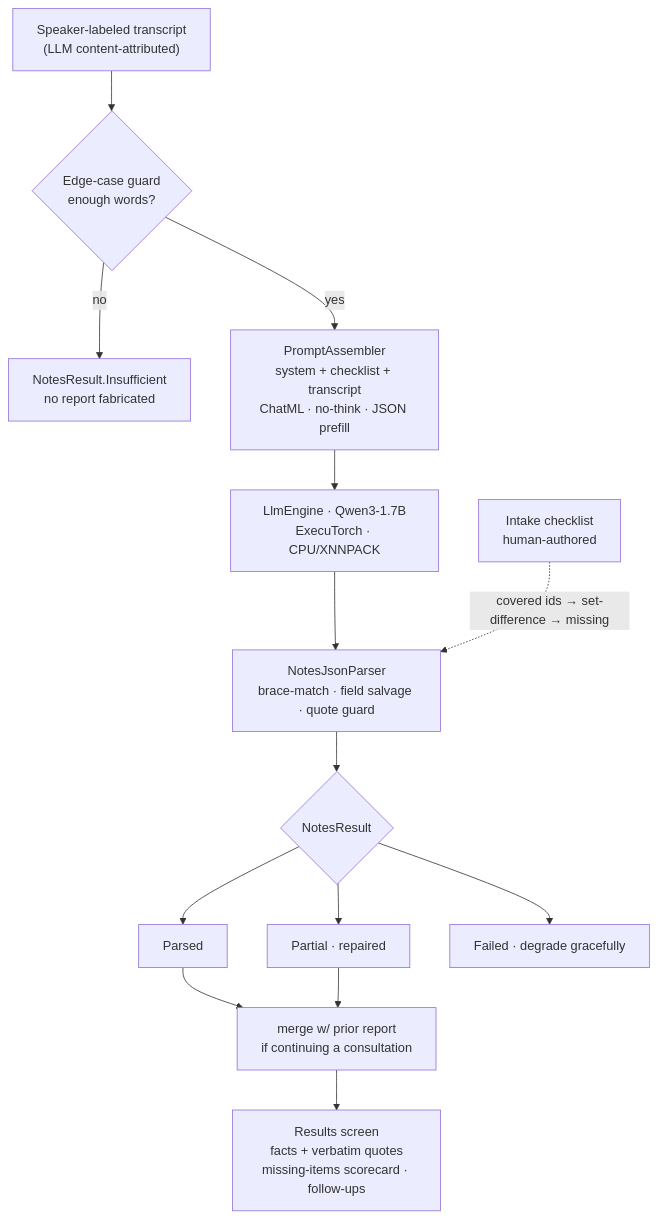
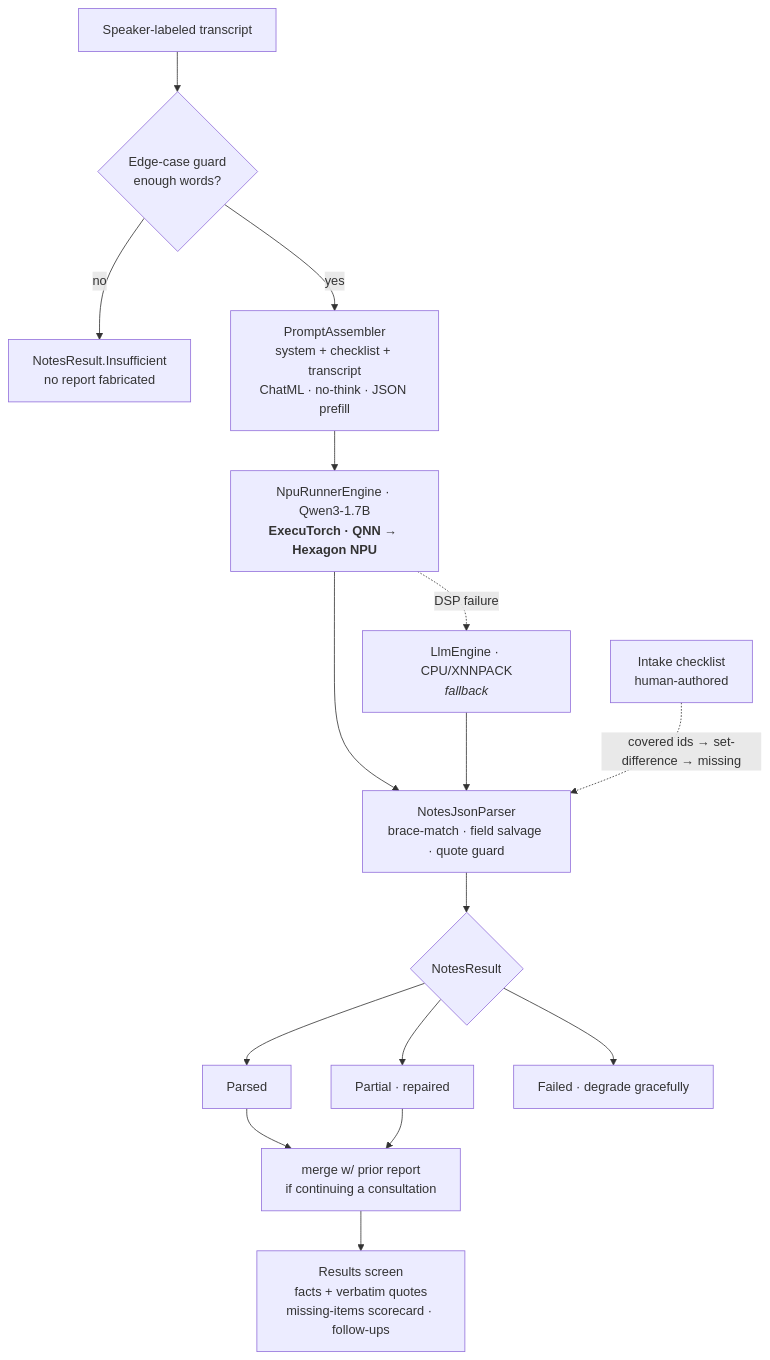
Before and after one commit to Dileep2896/sub-rosa-executorch: the fifth of 8 diagrams in ARCHITECTURE.md, drawn with Mermaid. The commit also changed other lines of this file and 1 other file, not shown here.

First line of the commit message:
Docs: QNN/Hexagon NPU as primary LLM path; Whisper + pyannote diarization

````diff
--- a/ARCHITECTURE.md
+++ b/ARCHITECTURE.md
@@ -143,16 +153,18 @@
 ```mermaid
 flowchart TB
-    T["Speaker-labeled transcript<br/>(LLM content-attributed)"] --> G{"Edge-case guard<br/>enough words?"}
+    T["Speaker-labeled transcript"] --> G{"Edge-case guard<br/>enough words?"}
     G -- "no" --> INS["NotesResult.Insufficient<br/>no report fabricated"]
     G -- "yes" --> PA["PromptAssembler<br/>system + checklist + transcript<br/>ChatML · no-think · JSON prefill"]
-    PA --> LLM["LlmEngine · Qwen3-1.7B<br/>ExecuTorch · CPU/XNNPACK"]
+    PA --> LLM["NpuRunnerEngine · Qwen3-1.7B<br/><b>ExecuTorch · QNN → Hexagon NPU</b>"]
+    LLM -. "DSP failure" .-> CPU["LlmEngine · CPU/XNNPACK<br/><i>fallback</i>"]
     LLM --> P["NotesJsonParser<br/>brace-match · field salvage · quote guard"]
+    CPU --> P
     CK["Intake checklist<br/>human-authored"] -. "covered ids → set-difference → missing" .-> P
     P --> R{"NotesResult"}
     R --> PAR["Parsed"]
     R --> PRT["Partial · repaired"]
     R --> FL["Failed · degrade gracefully"]
     PAR --> MRG["merge w/ prior report<br/>if continuing a consultation"]
     PRT --> MRG
     MRG --> UIS["Results screen<br/>facts + verbatim quotes<br/>missing-items scorecard · follow-ups"]
 ```
````
